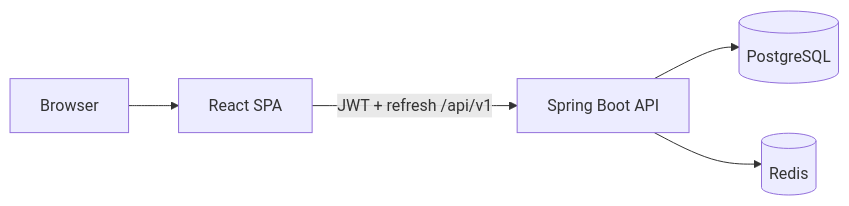
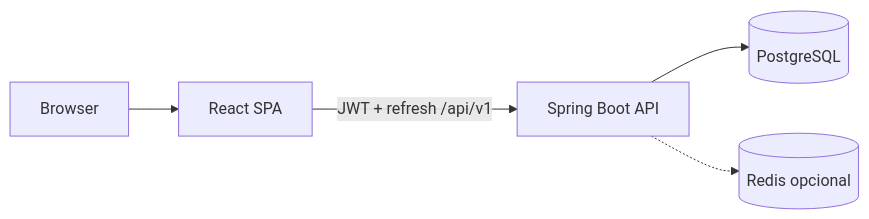
One commit to HelderAbud/Sistema-Loja changed the first of 2 diagrams in README.md. Above: the diagram before and after it, drawn with Mermaid. The commit also changed other lines of this file and 3 other files, not shown here.

````diff
--- a/README.md
+++ b/README.md
@@ -99,7 +133,7 @@
 ```mermaid
 flowchart LR
   Browser[Browser] --> SPA[React SPA]
   SPA -->|JWT + refresh /api/v1| API[Spring Boot API]
   API --> PG[(PostgreSQL)]
-  API --> Redis[(Redis)]
+  API -.-> Redis[(Redis opcional)]
 ```
````
